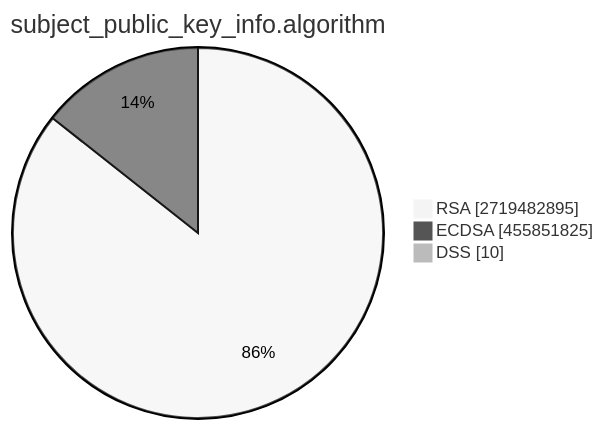
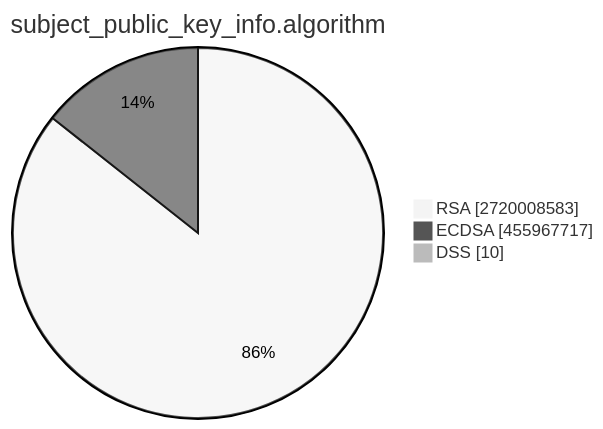
The second of 15 diagrams in TOTAL/README.md (christiankrug/ctmonitor_visualization), drawn with Mermaid (neutral theme) before and after one commit. The commit also changed other lines of this file, not shown here.

````diff
--- a/TOTAL/README.md
+++ b/TOTAL/README.md
@@ -6,7 +6,7 @@
 ```mermaid
 pie showData
 title subject_public_key_info.algorithm
-"RSA" :2719482895
-"ECDSA" :455851825
+"RSA" :2720008583
+"ECDSA" :455967717
 "DSS" :10
 ```
````
